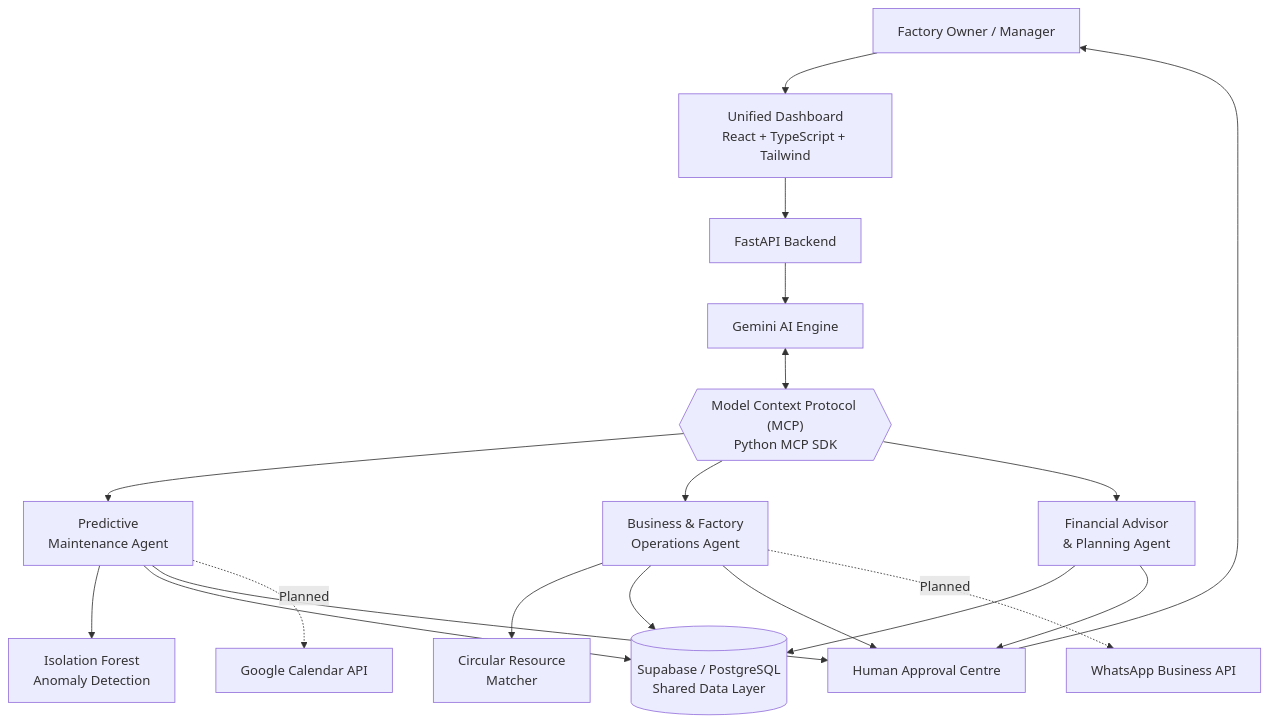
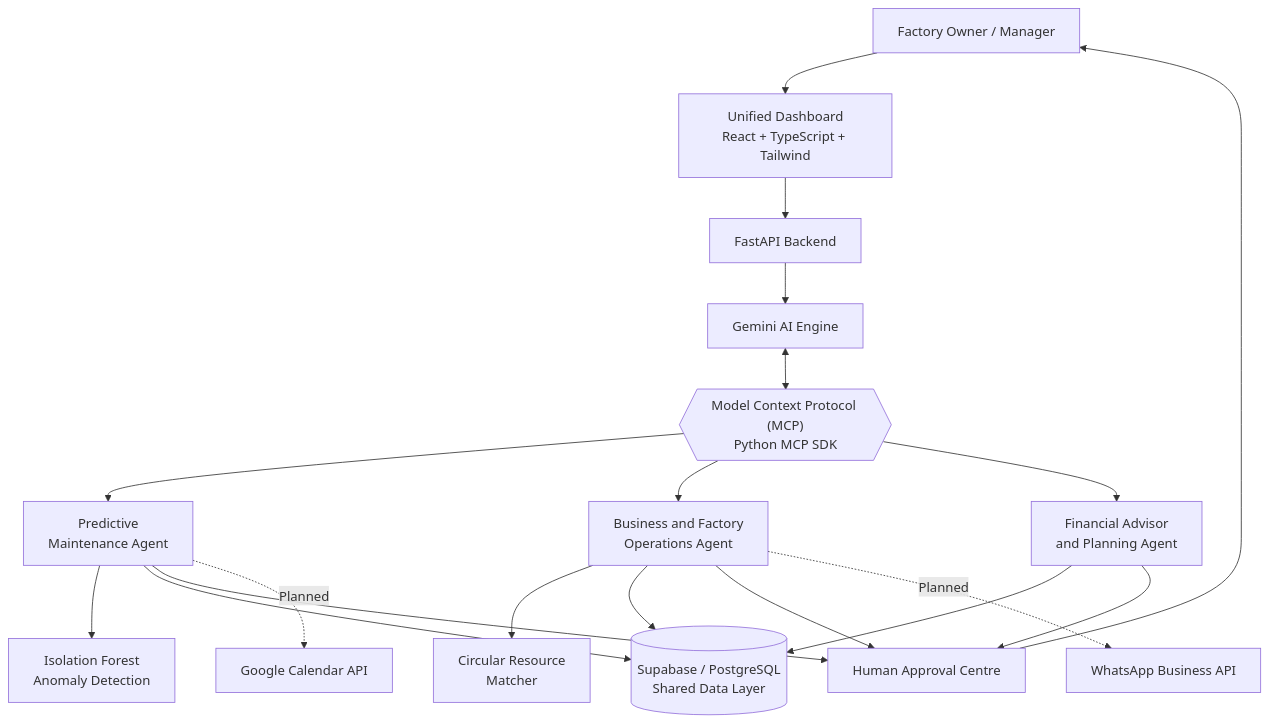
Before and after one commit to sannidhirdevadiga/KAARYA-whackiest: the third of 5 diagrams in README.md, drawn with Mermaid. The commit also changed other lines of this file, not shown here.

````diff
--- a/README.md
+++ b/README.md
@@ -91,21 +175,21 @@
 ```mermaid
 flowchart TB
-    U[" Factory Owner / Manager"] --> D[" Unified Dashboard<br/>React + TypeScript + Tailwind"]
-    D --> API[" FastAPI Backend"]
-    API --> AI[" Gemini AI Engine"]
-    AI <--> MCP{{" Model Context Protocol (MCP)<br/>Python MCP SDK"}}
+    U["Factory Owner / Manager"] --> D["Unified Dashboard<br/>React + TypeScript + Tailwind"]
+    D --> API["FastAPI Backend"]
+    API --> AI["Gemini AI Engine"]
+    AI <--> MCP{{"Model Context Protocol (MCP)<br/>Python MCP SDK"}}
 
-    MCP --> A1[" Predictive<br/>Maintenance Agent"]
-    MCP --> A2[" Business & Factory<br/>Operations Agent"]
-    MCP --> A3[" Financial Advisor<br/>& Planning Agent"]
+    MCP --> A1["Predictive<br/>Maintenance Agent"]
+    MCP --> A2["Business and Factory<br/>Operations Agent"]
+    MCP --> A3["Financial Advisor<br/>and Planning Agent"]
 
-    A1 --> ML[" Isolation Forest<br/>Anomaly Detection"]
-    A2 --> CRM[" Circular Resource<br/>Matcher"]
+    A1 --> ML["Isolation Forest<br/>Anomaly Detection"]
+    A2 --> CRM["Circular Resource<br/>Matcher"]
 
-    A1 & A2 & A3 --> DB[(" Supabase / PostgreSQL<br/>Shared Data Layer")]
-    A1 & A2 & A3 --> AP[" Human Approval Centre"]
+    A1 & A2 & A3 --> DB[("Supabase / PostgreSQL<br/>Shared Data Layer")]
+    A1 & A2 & A3 --> AP["Human Approval Centre"]
     AP --> U
 
-    A2 -.->|Planned| WA[" WhatsApp Business API"]
-    A1 -.->|Planned| GC[" Google Calendar API"]
+    A2 -.->|Planned| WA["WhatsApp Business API"]
+    A1 -.->|Planned| GC["Google Calendar API"]
 ```
````
